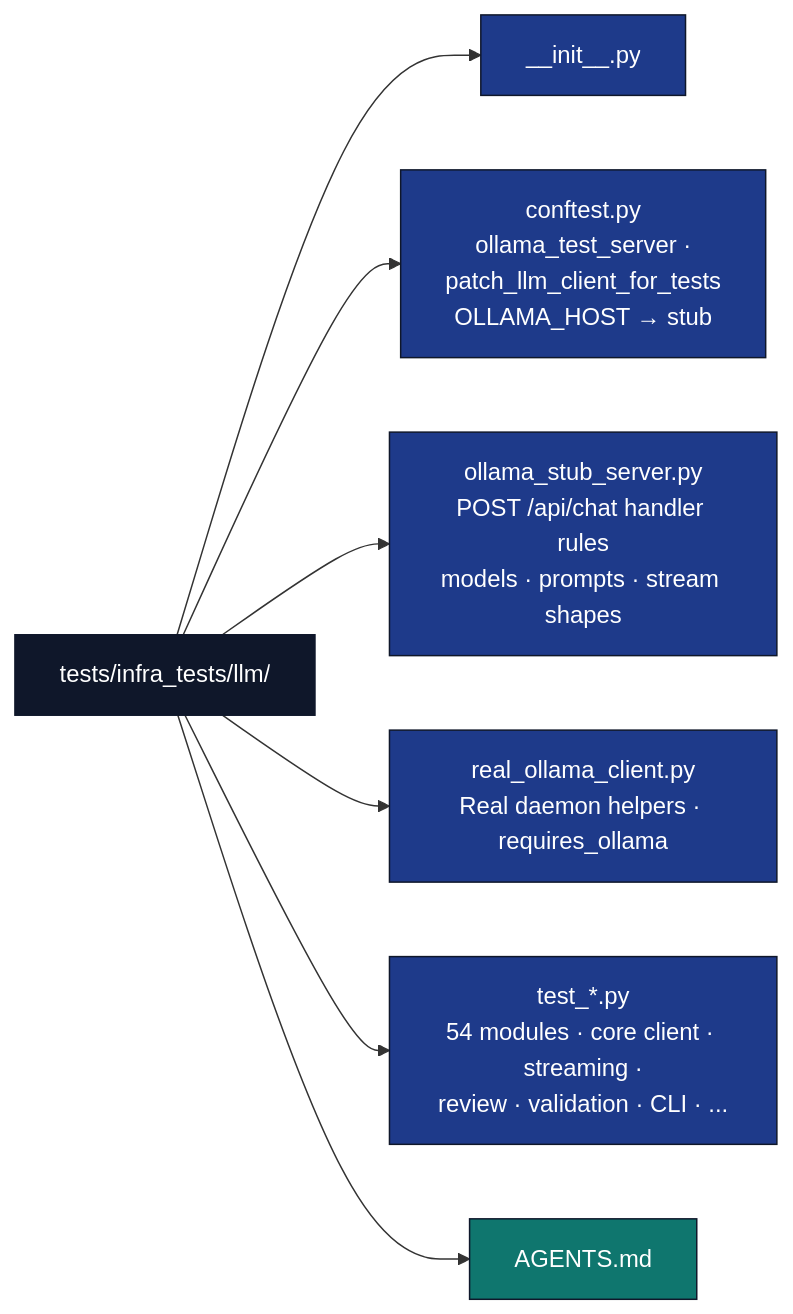
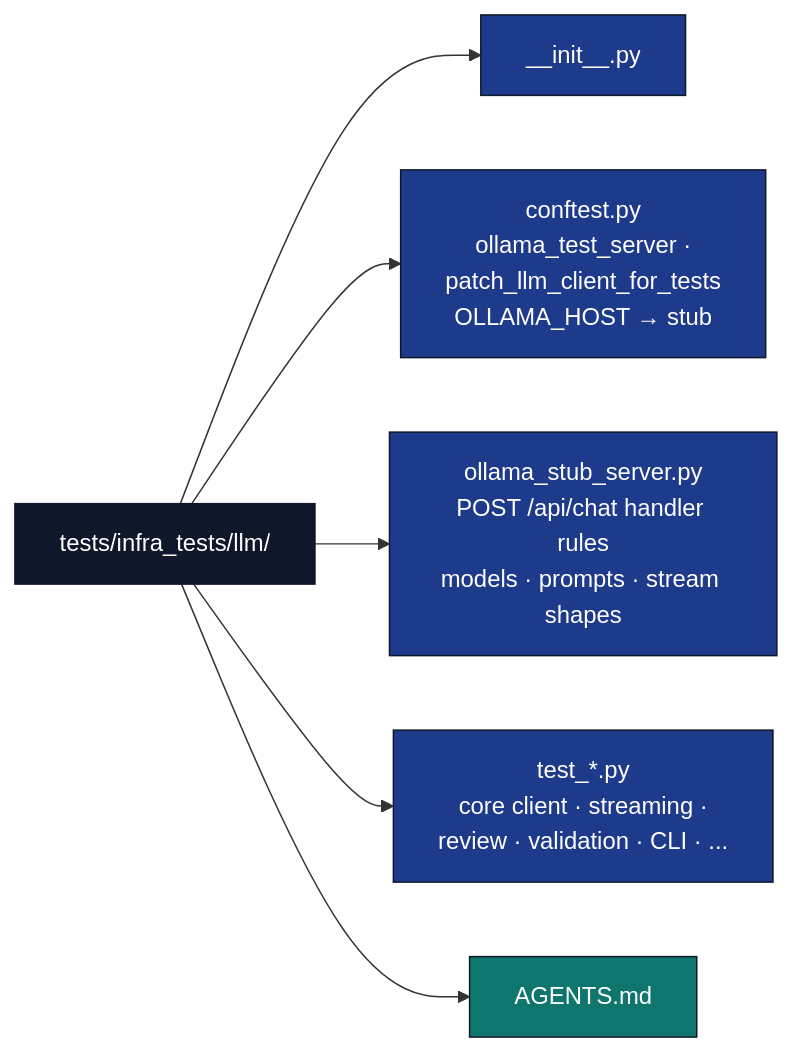
Before and after one commit to docxology/template: the diagram in tests/infra_tests/llm/AGENTS.md, drawn with Mermaid. The commit also changed other lines of this file and 25 other files, not shown here.

````diff
--- a/tests/infra_tests/llm/AGENTS.md
+++ b/tests/infra_tests/llm/AGENTS.md
@@ -23,17 +23,16 @@
 ```mermaid
 flowchart LR
     T[tests/infra_tests/llm/]
     T --> INIT[__init__.py]
     T --> CFG[conftest.py<br/>ollama_test_server ·<br/>patch_llm_client_for_tests<br/>OLLAMA_HOST → stub]
     T --> STUB[ollama_stub_server.py<br/>POST /api/chat handler rules<br/>models · prompts · stream shapes]
-    T --> REAL[real_ollama_client.py<br/>Real daemon helpers · requires_ollama]
-    T --> TESTS[test_*.py<br/>54 modules · core client · streaming ·<br/>review · validation · CLI · ...]
+    T --> TESTS[test_*.py<br/>core client · streaming ·<br/>review · validation · CLI · ...]
     T --> AG[AGENTS.md]
 
     classDef d fill:#0f172a,stroke:#0f172a,color:#fff
     classDef code fill:#1e3a8a,stroke:#0f172a,color:#fff
     classDef doc fill:#0f766e,stroke:#0f172a,color:#fff
     class T d
-    class INIT,CFG,STUB,REAL,TESTS code
+    class INIT,CFG,STUB,TESTS code
     class AG doc
 ```
````
